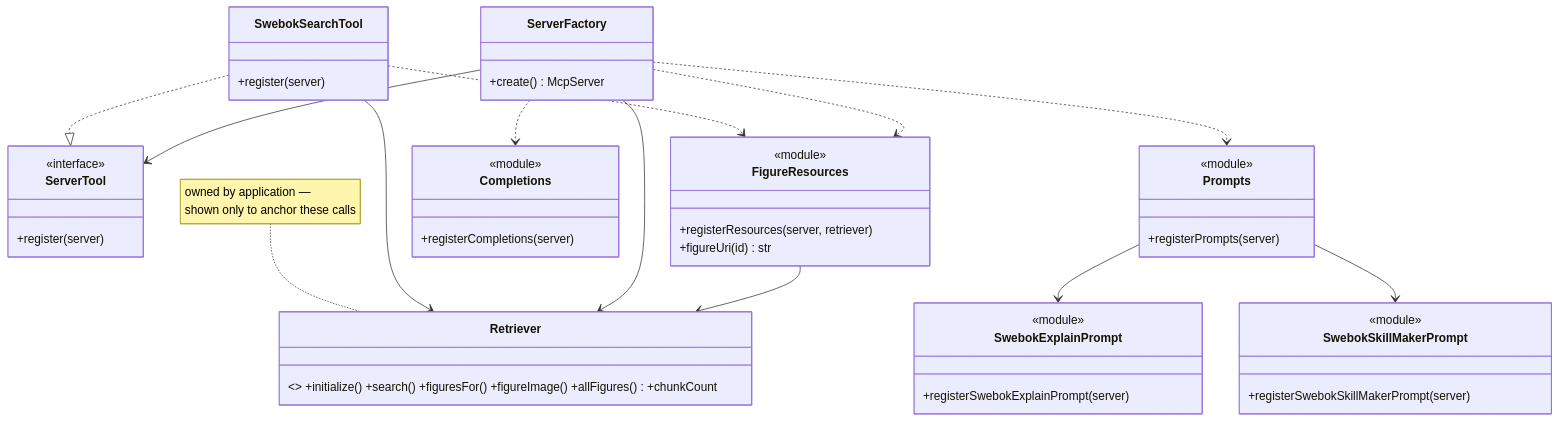
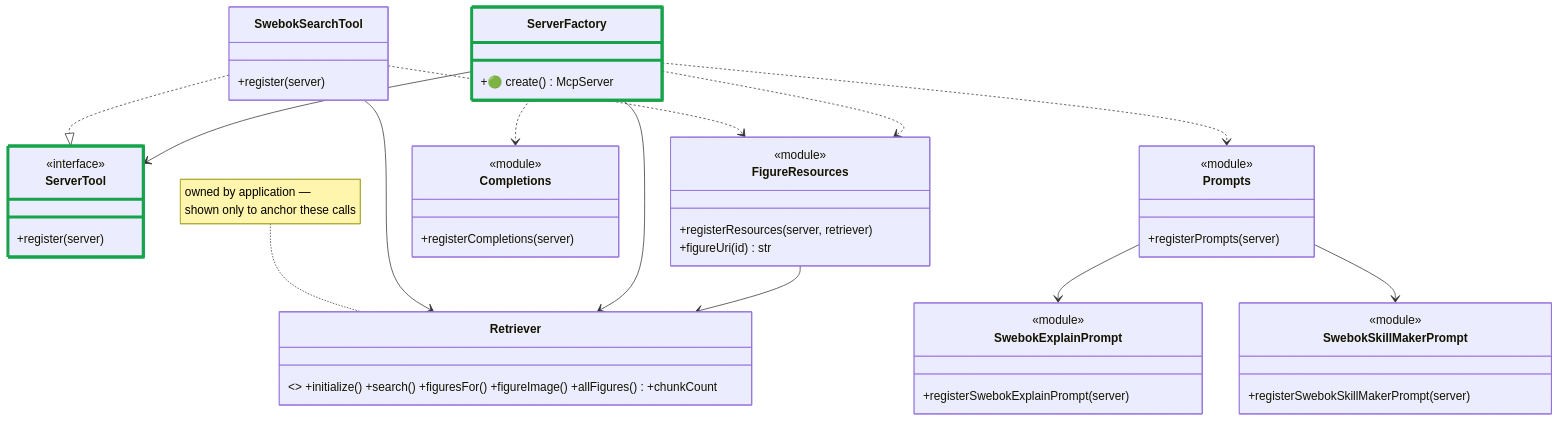
Before and after one commit to SzatanKluska/MCPSWEBOK: diagram 18 of 19 in docs/architecture/system-class-diagram.md, drawn with Mermaid. The commit also changed other lines of this file and 2 other files, not shown here.

Commit message:
update system-class-diagram

````diff
--- a/docs/architecture/system-class-diagram.md
+++ b/docs/architecture/system-class-diagram.md
@@ -483,50 +810,52 @@
 ```mermaid
 classDiagram
   class ServerTool {
     <<interface>>
     +register(server)
   }
   class SwebokSearchTool {
     +register(server)
   }
   class ServerFactory {
-    +create() McpServer
+    +🟢 create() McpServer
   }
   class FigureResources {
     <<module>>
     +registerResources(server, retriever)
     +figureUri(id) str
   }
   class Prompts {
     <<module>>
     +registerPrompts(server)
   }
   class SwebokExplainPrompt {
     <<module>>
     +registerSwebokExplainPrompt(server)
   }
   class SwebokSkillMakerPrompt {
     <<module>>
     +registerSwebokSkillMakerPrompt(server)
   }
   class Completions {
     <<module>>
     +registerCompletions(server)
   }
 
   class Retriever { <<type>> +initialize() +search() +figuresFor() +figureImage() +allFigures() +chunkCount }
 
   SwebokSearchTool ..|> ServerTool
   SwebokSearchTool --> Retriever
   SwebokSearchTool ..> FigureResources
   ServerFactory --> Retriever
   ServerFactory --> ServerTool
   ServerFactory ..> FigureResources
   ServerFactory ..> Prompts
   ServerFactory ..> Completions
   Prompts --> SwebokExplainPrompt
   Prompts --> SwebokSkillMakerPrompt
   FigureResources --> Retriever
 
   note for Retriever "owned by application —<br/>shown only to anchor these calls"
+  style ServerFactory stroke:#16A34A,stroke-width:4px
+  style ServerTool stroke:#16A34A,stroke-width:4px
 ```
````
